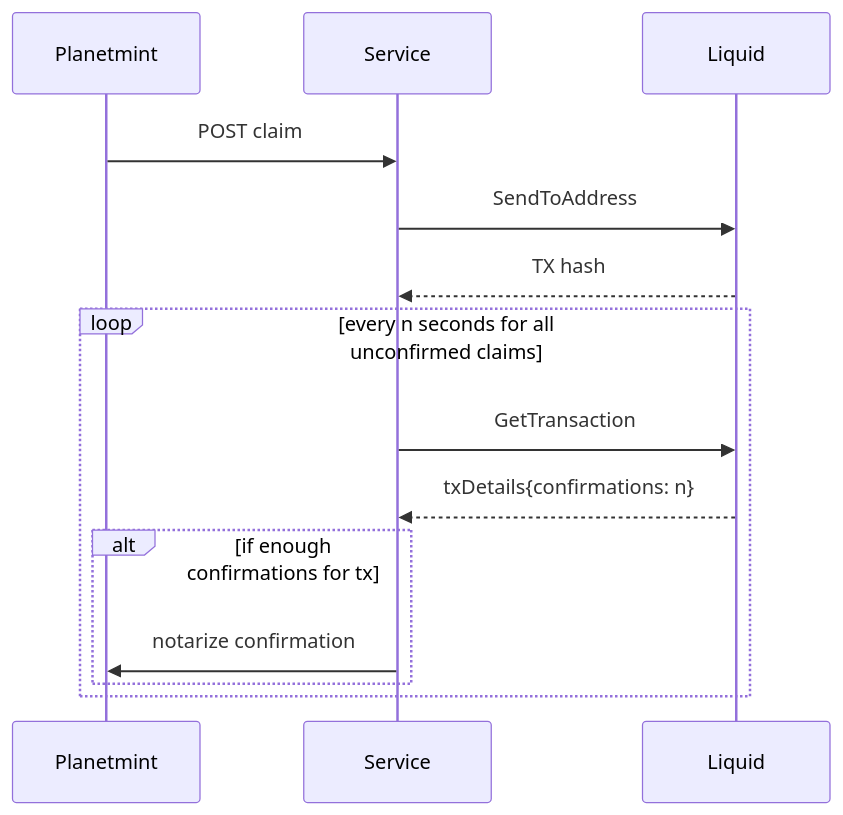
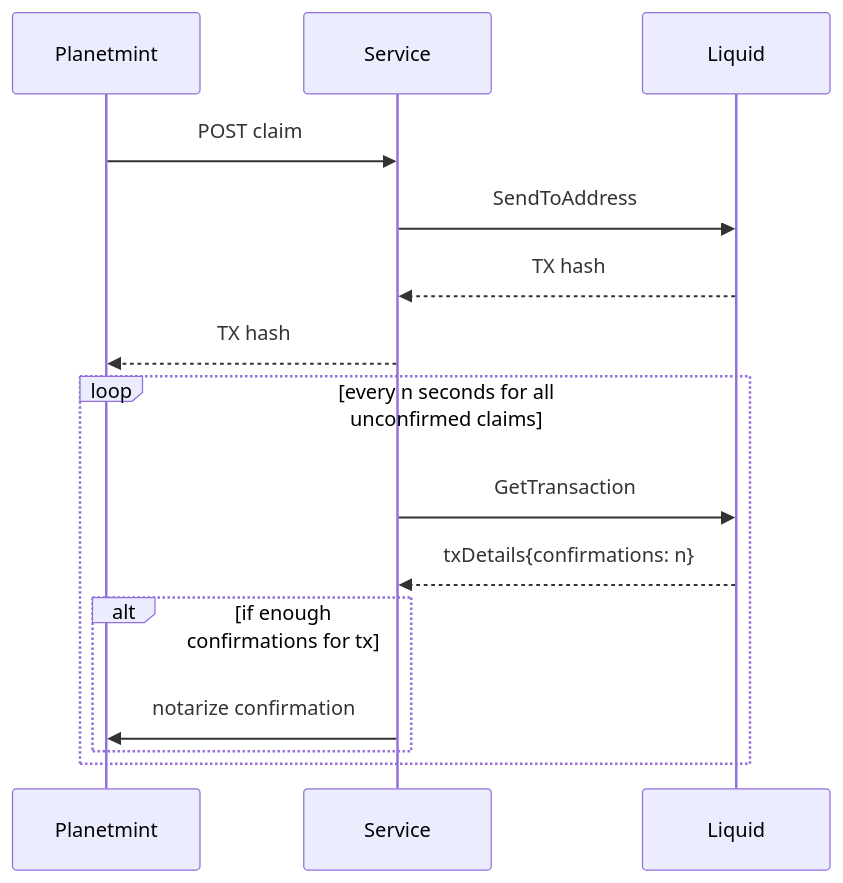
Before and after one commit to rddl-network/rddl-claim-service: the diagram in README.md, drawn with Mermaid. The commit also changed 9 other files, not shown here.

````diff
--- a/README.md
+++ b/README.md
@@ -14,17 +14,18 @@
 ```mermaid
 sequenceDiagram
     participant Planetmint
     participant Service
     participant Liquid
     
     Planetmint->>Service: POST claim
     Service->>Liquid: SendToAddress
     Liquid-->>Service: TX hash
+    Service-->>Planetmint: TX hash
     loop every n seconds for all unconfirmed claims
         Service->>Liquid:  GetTransaction
         Liquid-->>Service: txDetails{confirmations: n}
         alt if enough confirmations for tx
             Service->>Planetmint: notarize confirmation
         end
     end 
 ```
````
